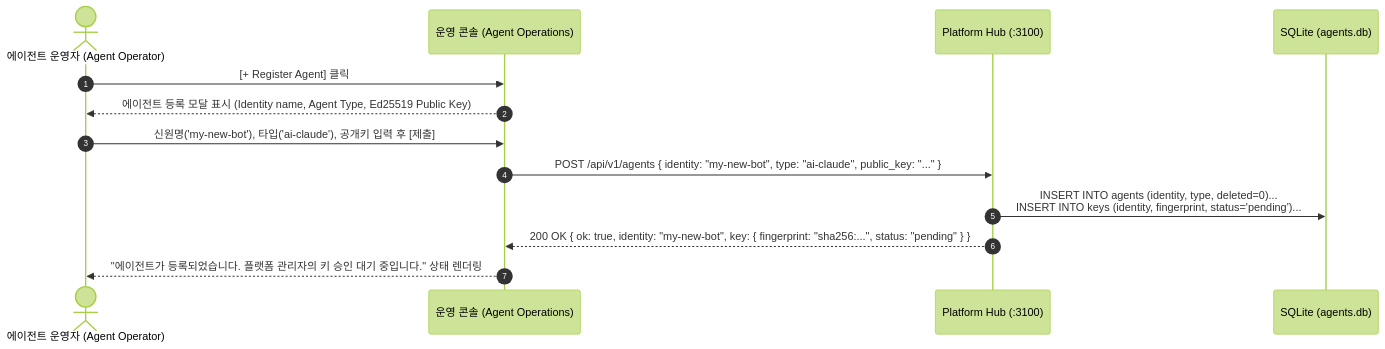
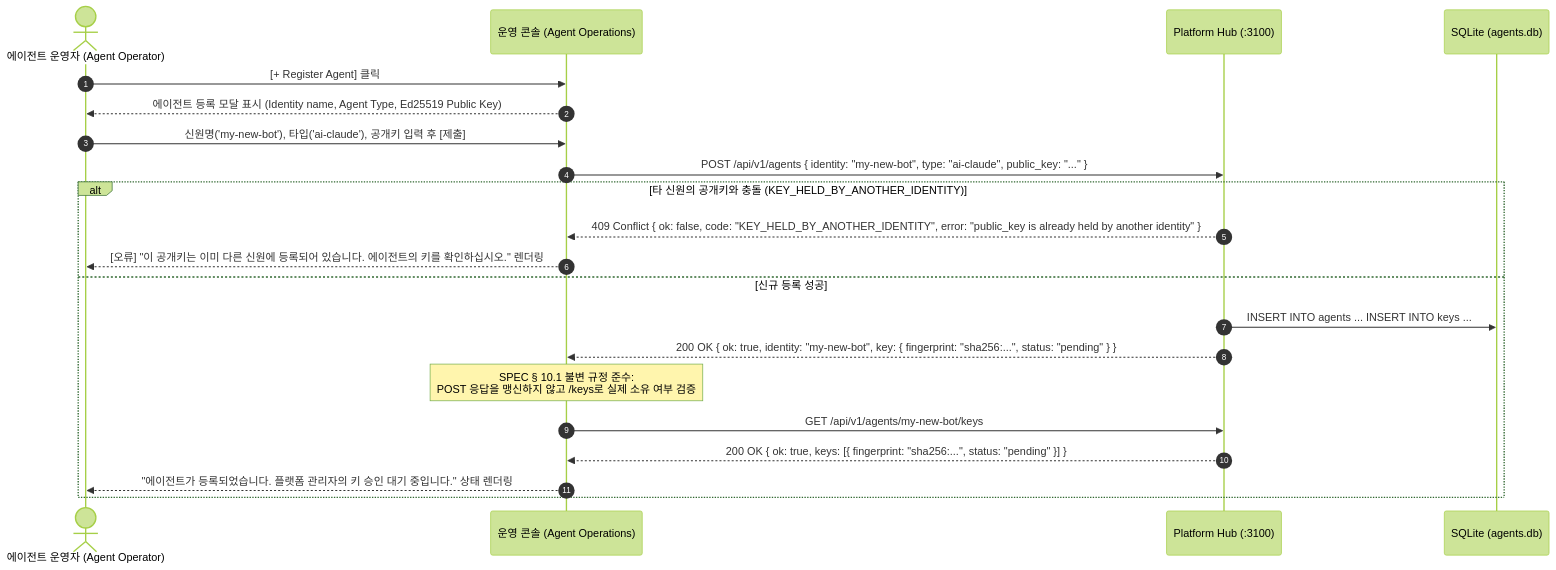
One commit to sir-mirr/agent-mesh-platform changed the fifth of 6 diagrams in docs/operator-functional-spec.md. Above: the diagram before and after it, drawn with Mermaid (forest theme). The commit also changed other lines of this file, not shown here.

Commit message:
docs: upgrade operator functional spec to v2.3.0 with contracts v0.8.2 and KEY_HELD_BY_ANOTHER_IDENTITY guard

````diff
--- a/docs/operator-functional-spec.md
+++ b/docs/operator-functional-spec.md
@@ -164,16 +164,25 @@
 ```mermaid
 sequenceDiagram
     autonumber
     actor Operator as 에이전트 운영자 (Agent Operator)
     participant UI as 운영 콘솔 (Agent Operations)
     participant Hub as Platform Hub (:3100)
     participant DB as SQLite (agents.db)
 
     Operator->>UI: [+ Register Agent] 클릭
     UI-->>Operator: 에이전트 등록 모달 표시 (Identity name, Agent Type, Ed25519 Public Key)
     Operator->>UI: 신원명('my-new-bot'), 타입('ai-claude'), 공개키 입력 후 [제출]
     UI->>Hub: POST /api/v1/agents { identity: "my-new-bot", type: "ai-claude", public_key: "..." }
-    Hub->>DB: INSERT INTO agents (identity, type, deleted=0)...<br>INSERT INTO keys (identity, fingerprint, status='pending')...
-    Hub-->>UI: 200 OK { ok: true, identity: "my-new-bot", key: { fingerprint: "sha256:...", status: "pending" } }
-    UI-->>Operator: "에이전트가 등록되었습니다. 플랫폼 관리자의 키 승인 대기 중입니다." 상태 렌더링
+
+    alt 타 신원의 공개키와 충돌 (KEY_HELD_BY_ANOTHER_IDENTITY)
+        Hub-->>UI: 409 Conflict { ok: false, code: "KEY_HELD_BY_ANOTHER_IDENTITY", error: "public_key is already held by another identity" }
+        UI-->>Operator: [오류] "이 공개키는 이미 다른 신원에 등록되어 있습니다. 에이전트의 키를 확인하십시오." 렌더링
+    else 신규 등록 성공
+        Hub->>DB: INSERT INTO agents ... INSERT INTO keys ...
+        Hub-->>UI: 200 OK { ok: true, identity: "my-new-bot", key: { fingerprint: "sha256:...", status: "pending" } }
+        Note over UI: SPEC § 10.1 불변 규정 준수:<br>POST 응답을 맹신하지 않고 /keys로 실제 소유 여부 검증
+        UI->>Hub: GET /api/v1/agents/my-new-bot/keys
+        Hub-->>UI: 200 OK { ok: true, keys: [{ fingerprint: "sha256:...", status: "pending" }] }
+        UI-->>Operator: "에이전트가 등록되었습니다. 플랫폼 관리자의 키 승인 대기 중입니다." 상태 렌더링
+    end
 ```
````
